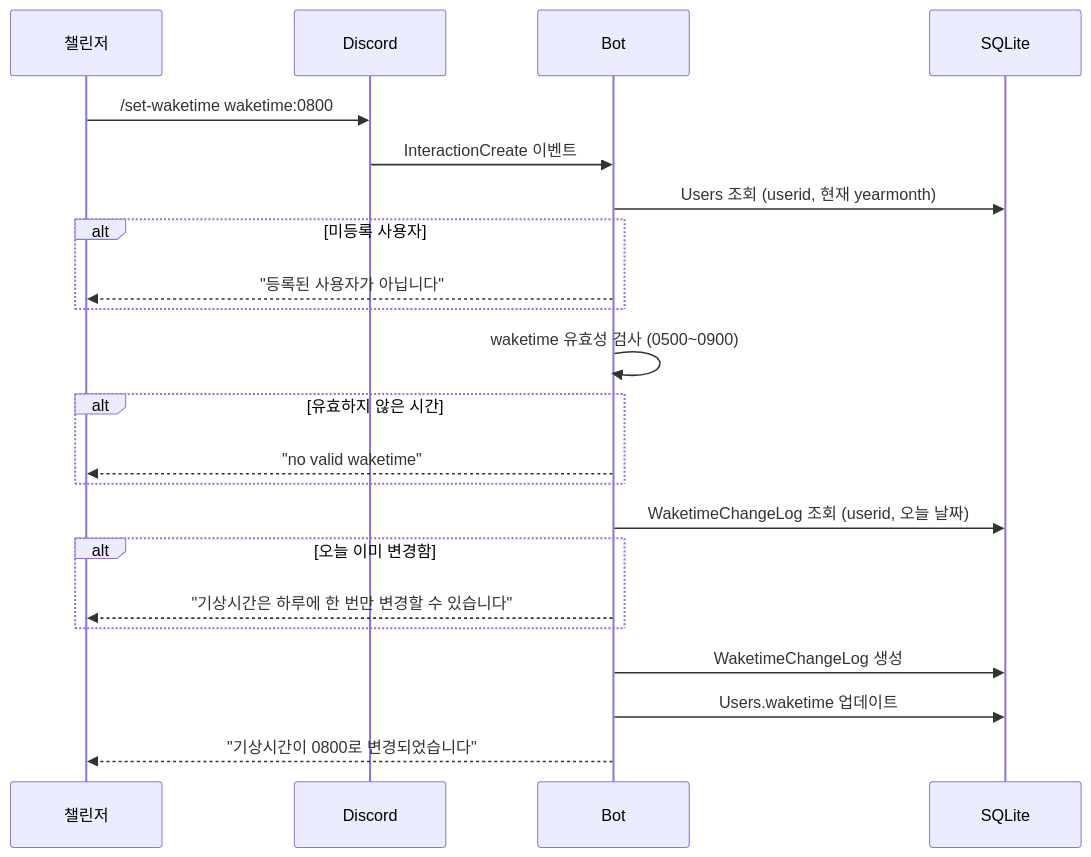
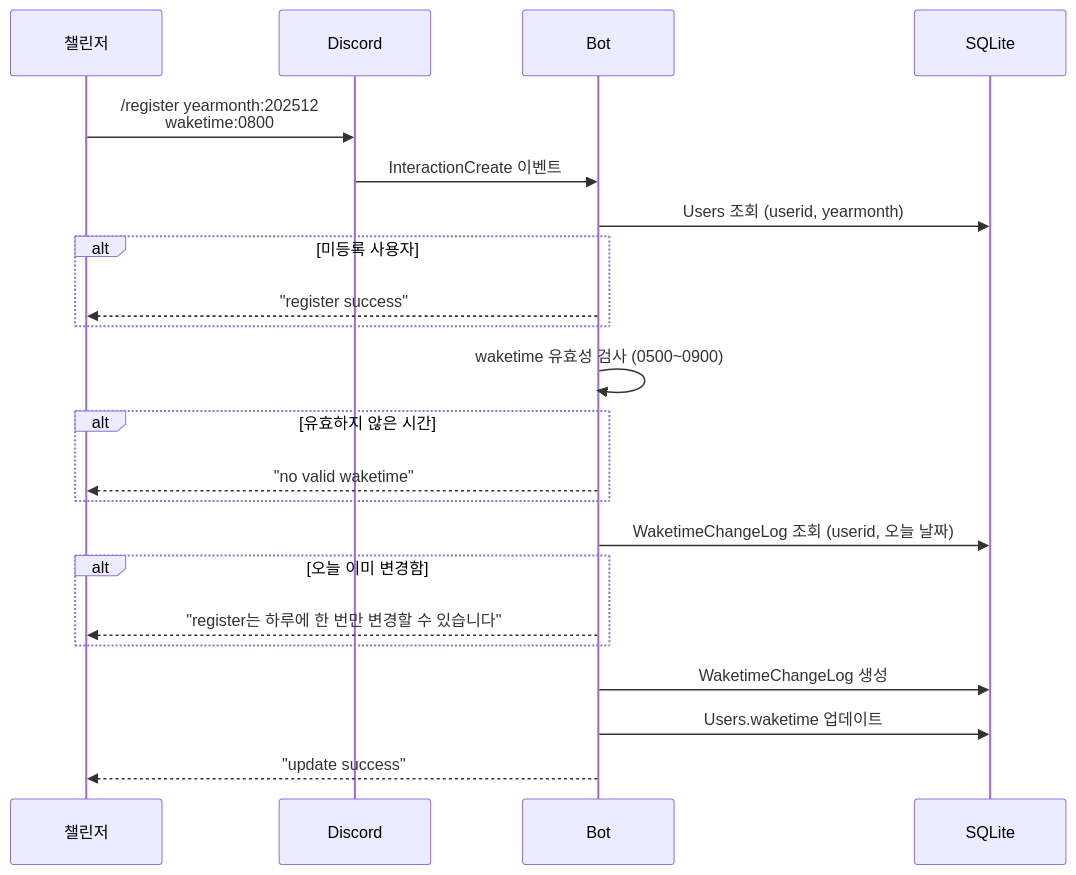
One commit to honki12345/haruharu-discord-bot changed diagram 12 of 13 in docs/USER_STORIES.md. Above: the diagram before and after it, drawn with Mermaid. The commit also changed other lines of this file and 9 other files, not shown here.

````diff
--- a/docs/USER_STORIES.md
+++ b/docs/USER_STORIES.md
@@ -570,29 +579,29 @@
 ```mermaid
 sequenceDiagram
     participant U as 챌린저
     participant D as Discord
     participant B as Bot
     participant DB as SQLite
 
-    U->>D: /set-waketime waketime:0800
+    U->>D: /register yearmonth:202512<br/>waketime:0800
     D->>B: InteractionCreate 이벤트
 
-    B->>DB: Users 조회 (userid, 현재 yearmonth)
+    B->>DB: Users 조회 (userid, yearmonth)
     alt 미등록 사용자
-        B-->>U: "등록된 사용자가 아닙니다"
+        B-->>U: "register success"
     end
 
     B->>B: waketime 유효성 검사 (0500~0900)
     alt 유효하지 않은 시간
         B-->>U: "no valid waketime"
     end
 
     B->>DB: WaketimeChangeLog 조회 (userid, 오늘 날짜)
     alt 오늘 이미 변경함
-        B-->>U: "기상시간은 하루에 한 번만 변경할 수 있습니다"
+        B-->>U: "register는 하루에 한 번만 변경할 수 있습니다"
     end
 
     B->>DB: WaketimeChangeLog 생성
     B->>DB: Users.waketime 업데이트
-    B-->>U: "기상시간이 0800로 변경되었습니다"
+    B-->>U: "update success"
 ```
````
